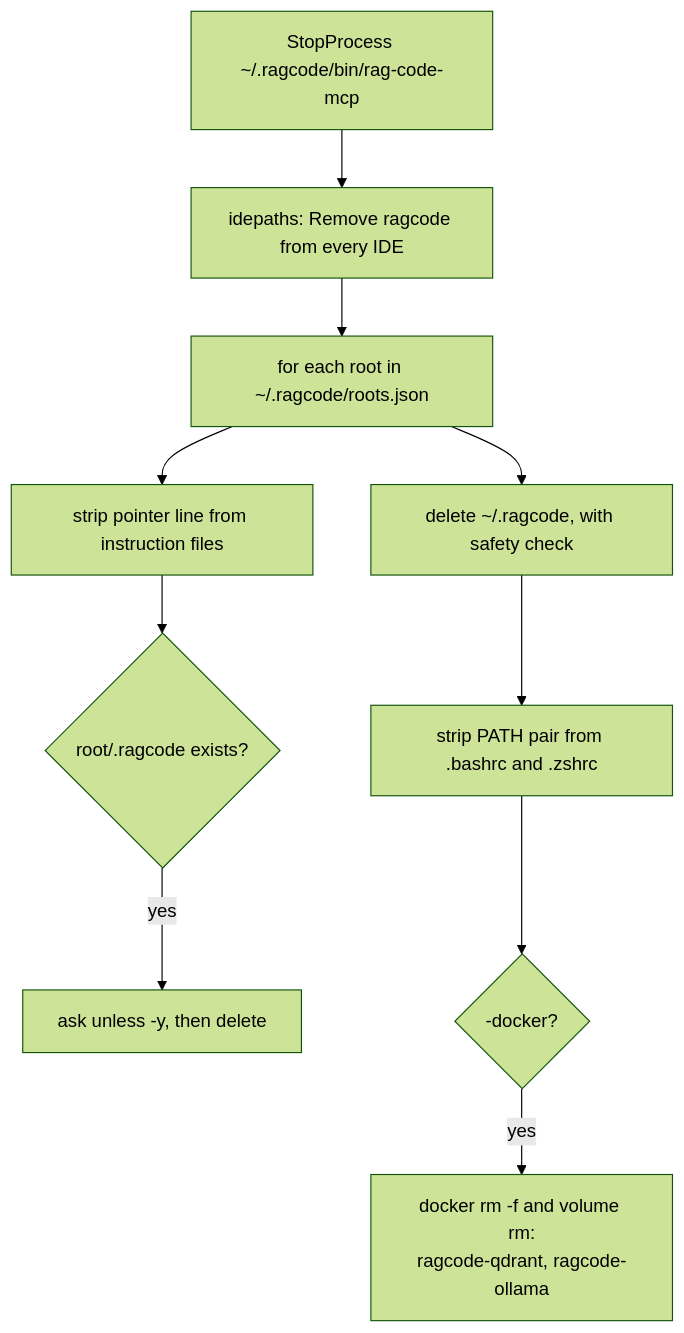
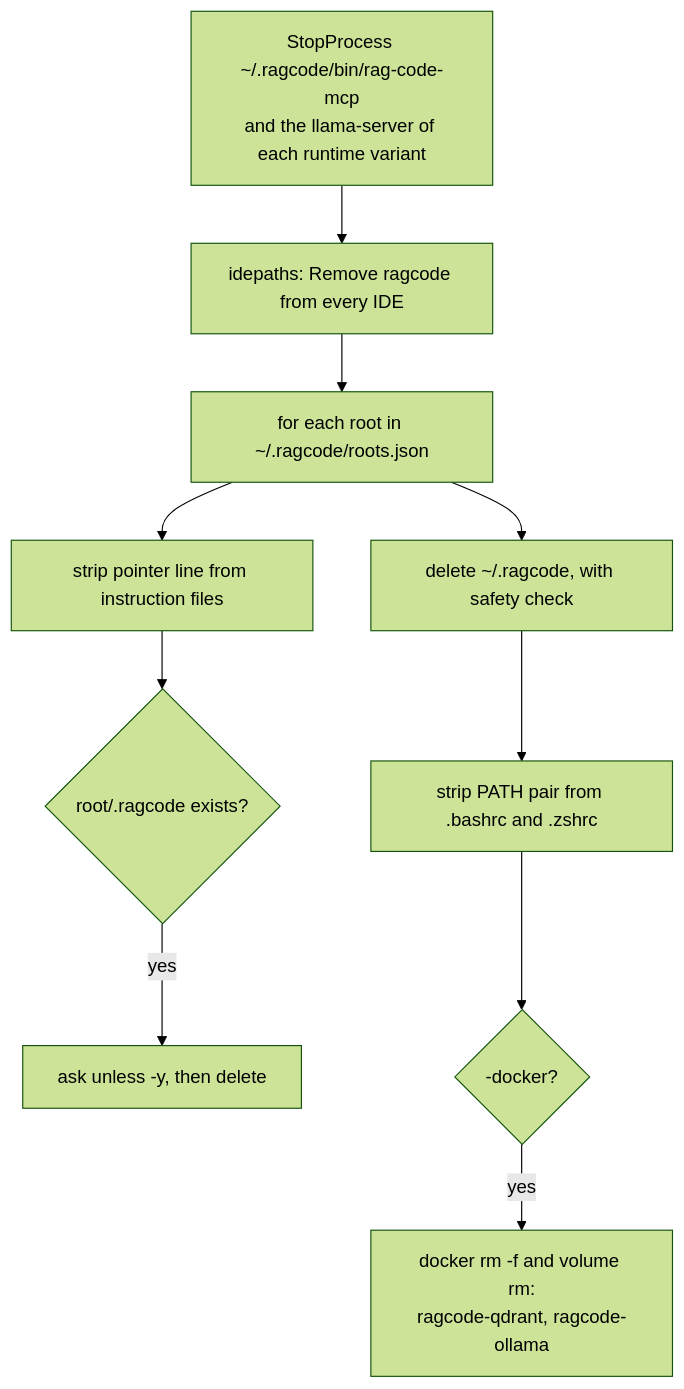
One commit to doITmagic/rag-code-mcp changed the second of 2 diagrams in internal/uninstall/README.md. Above: the diagram before and after it, drawn with Mermaid (forest theme). The commit also changed other lines of this file and 8 other files, not shown here.

Commit message:
feat(install): the installer downloads the embedding runtime and model instead of starting Docker (-skip-download leaves it to the server), removes the ragcode-ollama container of earlier v2 versions and stops left-over llama-server processes; the uninstaller stops them too

````diff
--- a/internal/uninstall/README.md
+++ b/internal/uninstall/README.md
@@ -94,12 +111,12 @@
 ```mermaid
 flowchart TD
-    A[StopProcess ~/.ragcode/bin/rag-code-mcp] --> B[idepaths: Remove ragcode from every IDE]
+    A[StopProcess ~/.ragcode/bin/rag-code-mcp<br/>and the llama-server of each runtime variant] --> B[idepaths: Remove ragcode from every IDE]
     B --> C[for each root in ~/.ragcode/roots.json]
     C --> C1[strip pointer line from instruction files]
     C1 --> C2{root/.ragcode exists?}
     C2 -- yes --> C3[ask unless -y, then delete]
     C --> D[delete ~/.ragcode, with safety check]
     D --> E[strip PATH pair from .bashrc and .zshrc]
     E --> F{-docker?}
     F -- yes --> G[docker rm -f and volume rm:<br/>ragcode-qdrant, ragcode-ollama]
 ```
````
